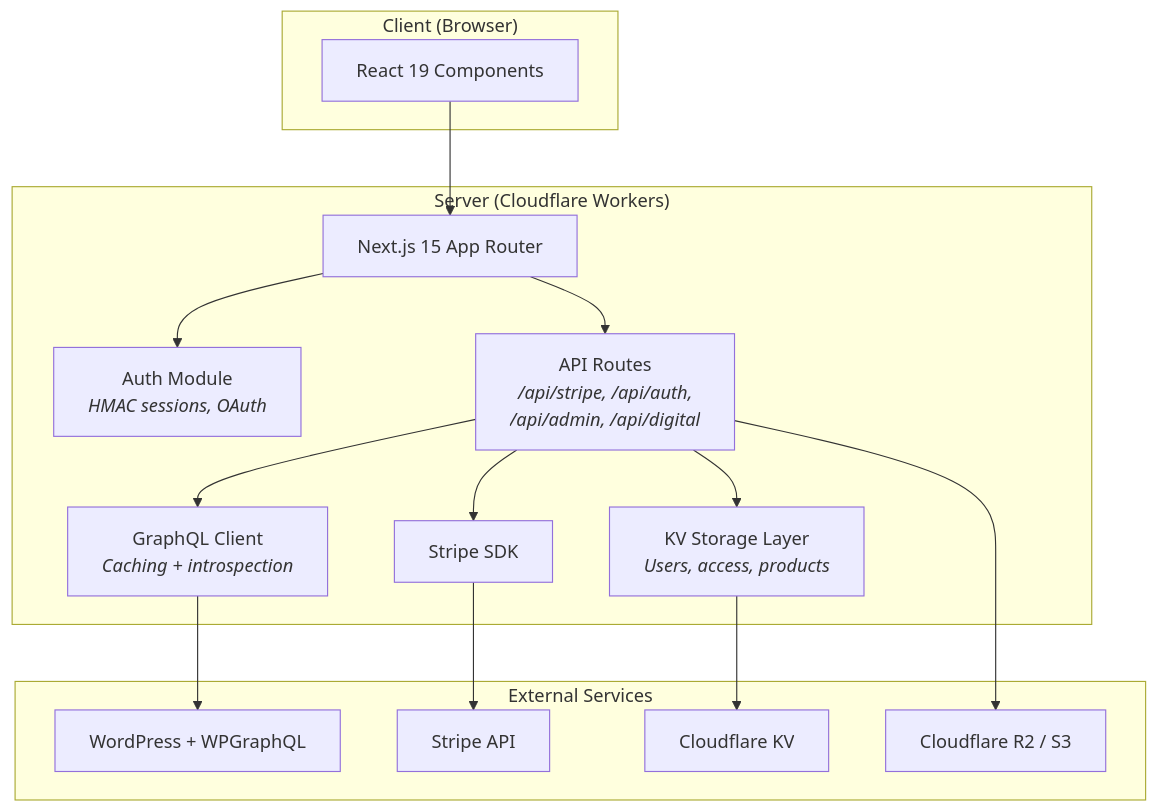
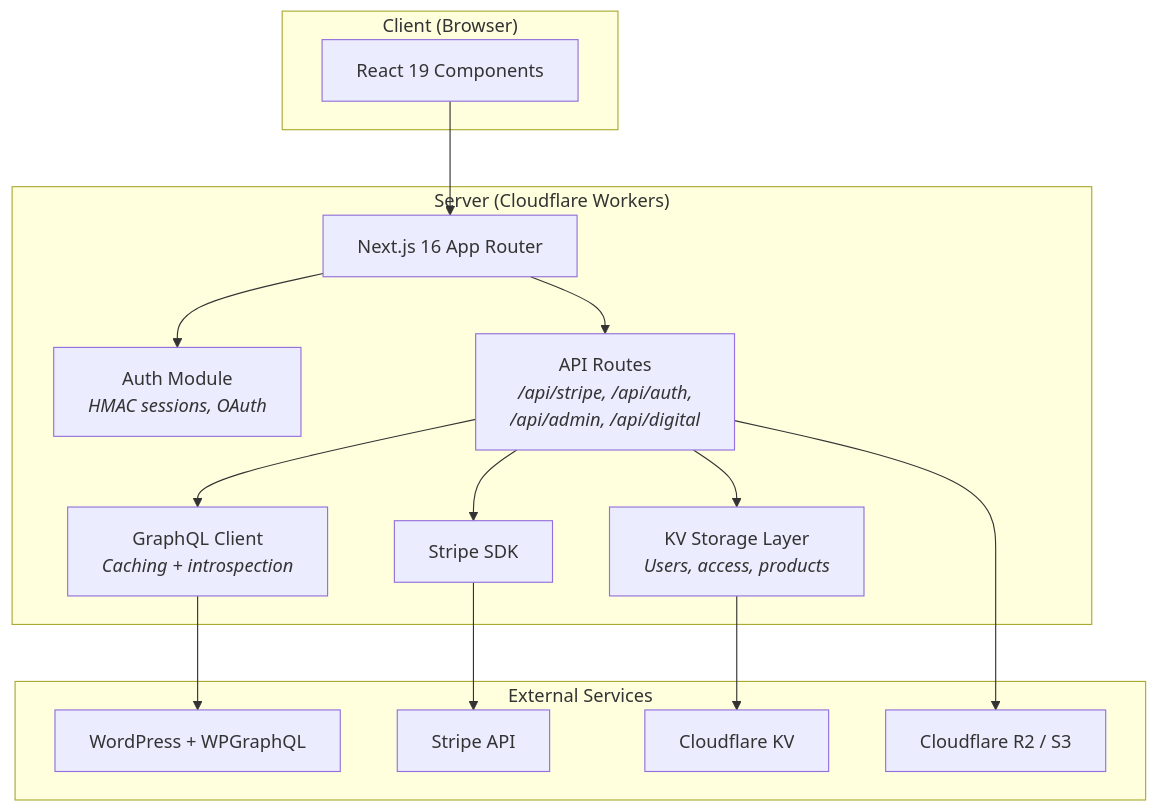
One commit to tabenius/wp-cf-front-paywall-stripe changed the ninth of 9 diagrams in README.md. Above: the diagram before and after it, drawn with Mermaid. The commit also changed other lines of this file and 4 other files, not shown here.

Commit message:
docs: refresh admin guides with current flow and visuals

````diff
--- a/README.md
+++ b/README.md
@@ -439,33 +456,33 @@
 ```mermaid
 graph TB
     subgraph "Client (Browser)"
         RC["React 19 Components"]
     end
 
     subgraph "Server (Cloudflare Workers)"
-        NX["Next.js 15 App Router"]
+        NX["Next.js 16 App Router"]
         AUTH["Auth Module<br/><i>HMAC sessions, OAuth</i>"]
         API["API Routes<br/><i>/api/stripe, /api/auth,<br/>/api/admin, /api/digital</i>"]
         GQL["GraphQL Client<br/><i>Caching + introspection</i>"]
         STR["Stripe SDK"]
         KVM["KV Storage Layer<br/><i>Users, access, products</i>"]
     end
 
     subgraph "External Services"
         WP["WordPress + WPGraphQL"]
         SP["Stripe API"]
         KV["Cloudflare KV"]
         R2S["Cloudflare R2 / S3"]
     end
 
     RC --> NX
     NX --> AUTH
     NX --> API
     API --> GQL
     API --> STR
     API --> KVM
     GQL --> WP
     STR --> SP
     KVM --> KV
     API --> R2S
 ```
````
